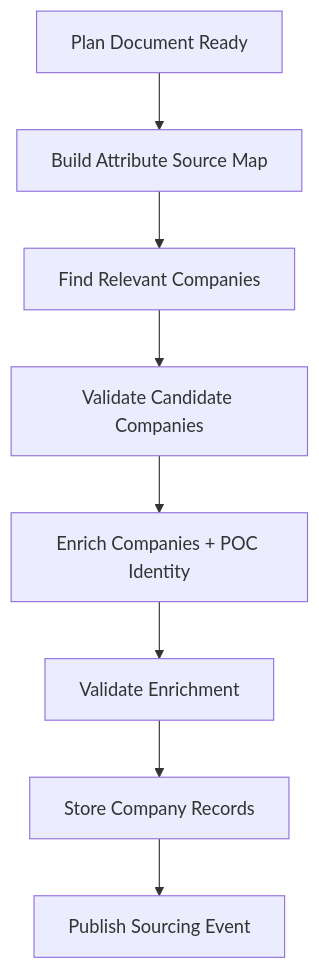
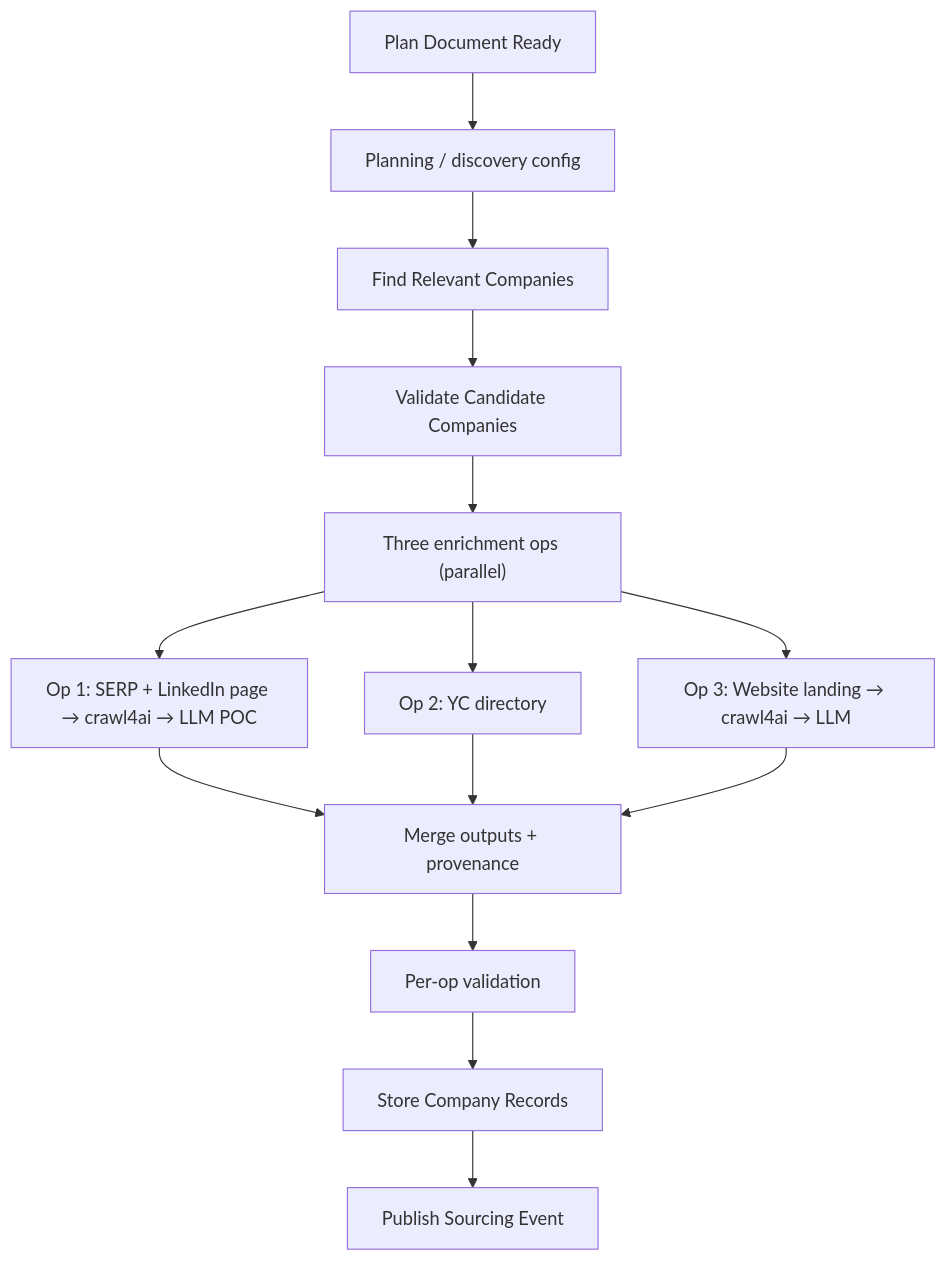
One commit to wolfy5786/Autonomous_email_outreach changed the diagram in design_docs/data-sourcing-service.md. Above: the diagram before and after it, drawn with Mermaid. The commit also changed other lines of this file and 13 other files, not shown here.

````diff
--- a/design_docs/data-sourcing-service.md
+++ b/design_docs/data-sourcing-service.md
@@ -101,10 +103,16 @@
 ```mermaid
 flowchart TD
-  PlanReady["Plan Document Ready"] --> BuildMap["Build Attribute Source Map"]
-  BuildMap --> CompanyDiscovery["Find Relevant Companies"]
+  PlanReady["Plan Document Ready"] --> PlanningConfig["Planning / discovery config"]
+  PlanningConfig --> CompanyDiscovery["Find Relevant Companies"]
   CompanyDiscovery --> CandidateValidation["Validate Candidate Companies"]
-  CandidateValidation --> CompanyMining["Enrich Companies + POC Identity"]
-  CompanyMining --> EnrichmentValidation["Validate Enrichment"]
+  CandidateValidation --> EnrichParallel["Three enrichment ops (parallel)"]
+  EnrichParallel --> OpLI["Op 1: SERP + LinkedIn page → crawl4ai → LLM POC"]
+  EnrichParallel --> OpYC["Op 2: YC directory"]
+  EnrichParallel --> OpWeb["Op 3: Website landing → crawl4ai → LLM"]
+  OpLI --> MergeStore["Merge outputs + provenance"]
+  OpYC --> MergeStore
+  OpWeb --> MergeStore
+  MergeStore --> EnrichmentValidation["Per-op validation"]
   EnrichmentValidation --> StoreData["Store Company Records"]
   StoreData --> PublishEvent["Publish Sourcing Event"]
 ```
````
